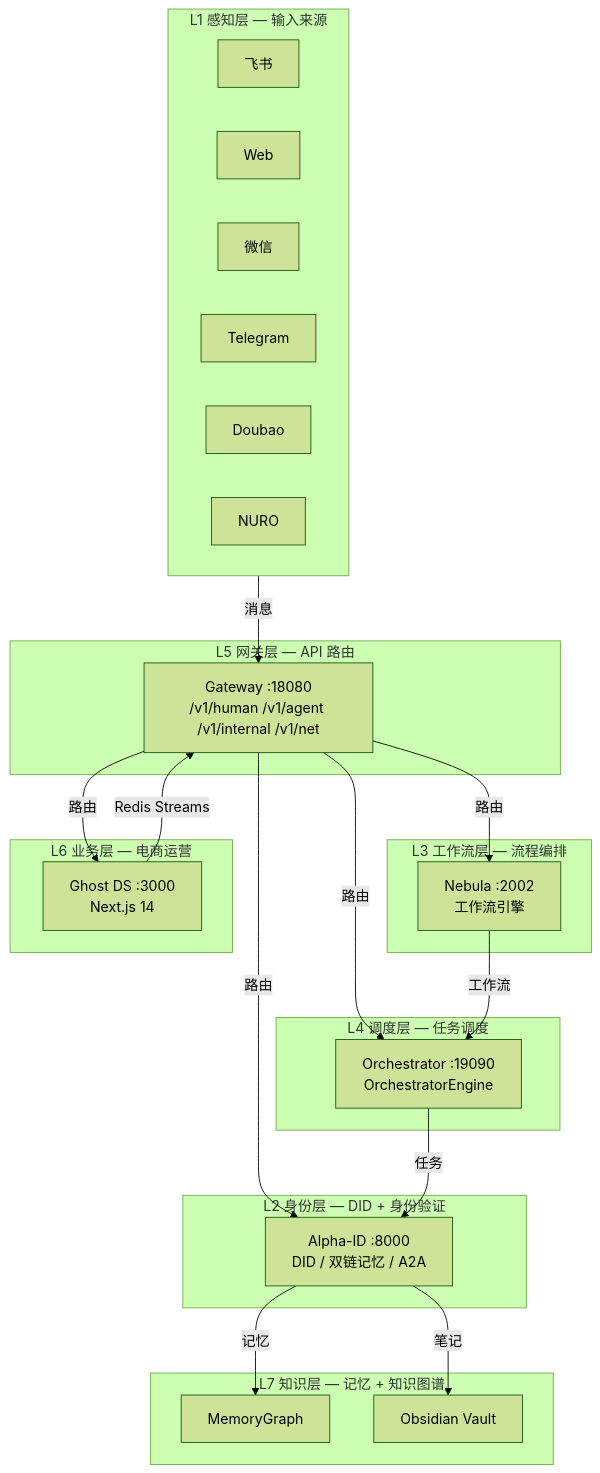
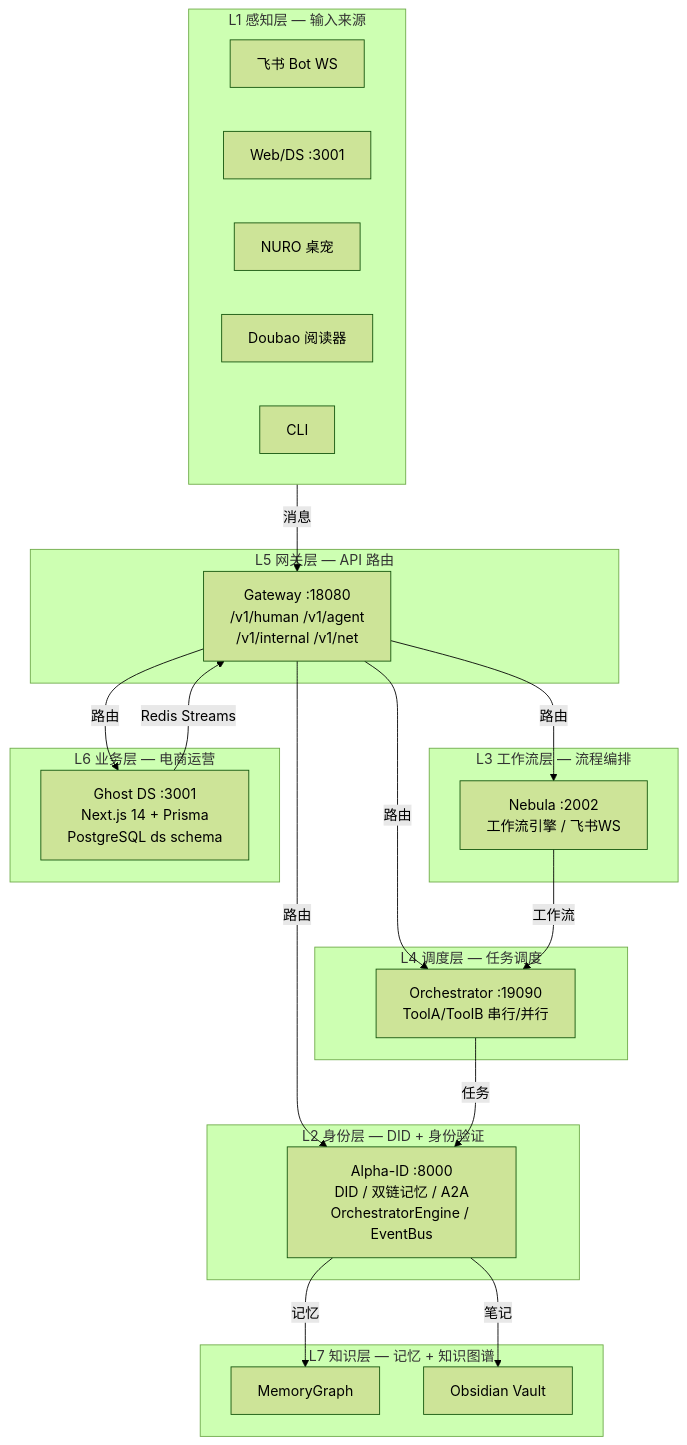
The diagram in GHOST.md (wenwanqing1217/ghost-showcase), drawn with Mermaid (forest theme) before and after one commit. The commit also changed other lines of this file and 2 other files, not shown here.

First line of the commit message:
docs(GHOST): v3.0 resource consolidation + runtime fixes

````diff
--- a/GHOST.md
+++ b/GHOST.md
@@ -24,48 +25,47 @@
 ```mermaid
 flowchart TB
     subgraph L1["L1 感知层 — 输入来源"]
         direction LR
-        A1[飞书]
-        A2[Web]
-        A3[微信]
-        A4[Telegram]
-        A5[Doubao]
-        A6[NURO]
+        A1[飞书 Bot WS]
+        A2[Web/DS :3001]
+        A3[NURO 桌宠]
+        A4[Doubao 阅读器]
+        A5[CLI]
     end
     
     subgraph L2["L2 身份层 — DID + 身份验证"]
-        B[Alpha-ID :8000<br/>DID / 双链记忆 / A2A]
+        B[Alpha-ID :8000<br/>DID / 双链记忆 / A2A<br/>OrchestratorEngine / EventBus]
     end
     
     subgraph L3["L3 工作流层 — 流程编排"]
-        C[Nebula :2002<br/>工作流引擎]
+        C[Nebula :2002<br/>工作流引擎 / 飞书WS]
     end
     
     subgraph L4["L4 调度层 — 任务调度"]
-        D[Orchestrator :19090<br/>OrchestratorEngine]
+        D[Orchestrator :19090<br/>ToolA/ToolB 串行/并行]
     end
     
     subgraph L5["L5 网关层 — API 路由"]
-        E[Gateway :18080<br/>/v1/human /v1/agent /v1/internal /v1/net]
+        E[Gateway :18080<br/>/v1/human /v1/agent<br/>/v1/internal /v1/net]
     end
     
     subgraph L6["L6 业务层 — 电商运营"]
-        F[Ghost DS :3000<br/>Next.js 14]
+        F[Ghost DS :3001<br/>Next.js 14 + Prisma<br/>PostgreSQL ds schema]
     end
     
     subgraph L7["L7 知识层 — 记忆 + 知识图谱"]
         G[MemoryGraph]
         H[Obsidian Vault]
     end
     
     L1 -->|消息| E
     E -->|路由| B
     E -->|路由| C
     E -->|路由| D
     E -->|路由| F
     B -->|记忆| G
     B -->|笔记| H
     C -->|工作流| D
     D -->|任务| B
     F -->|Redis Streams| E
 ```
````
